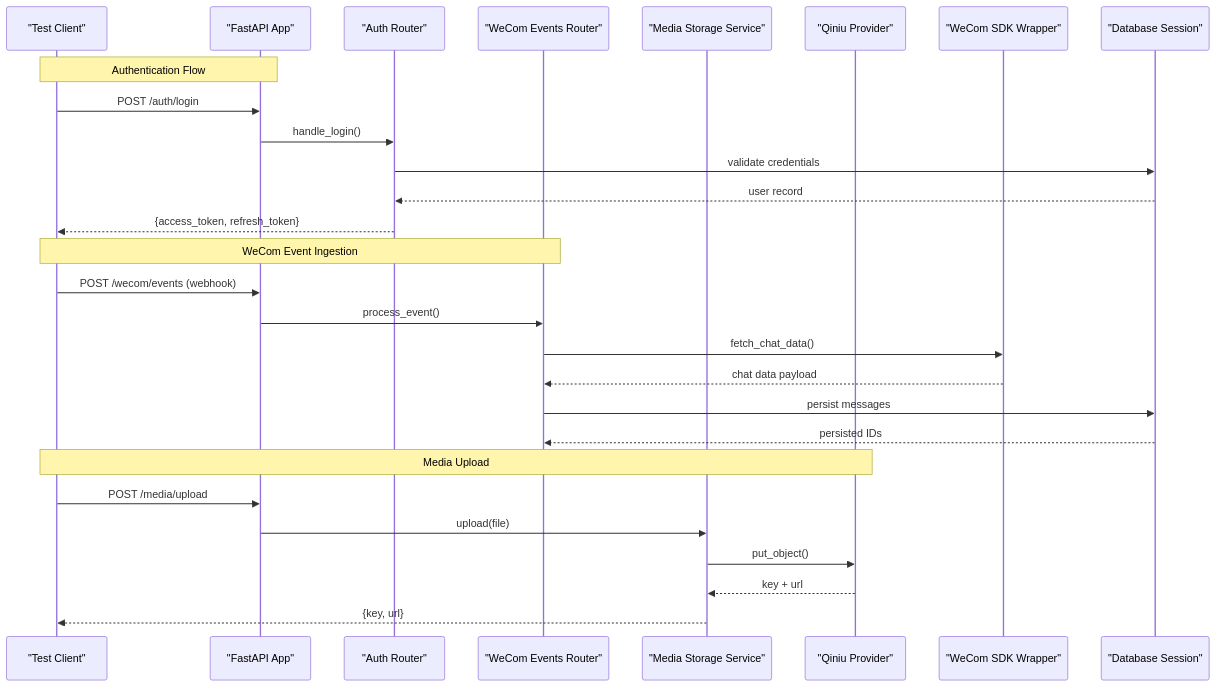
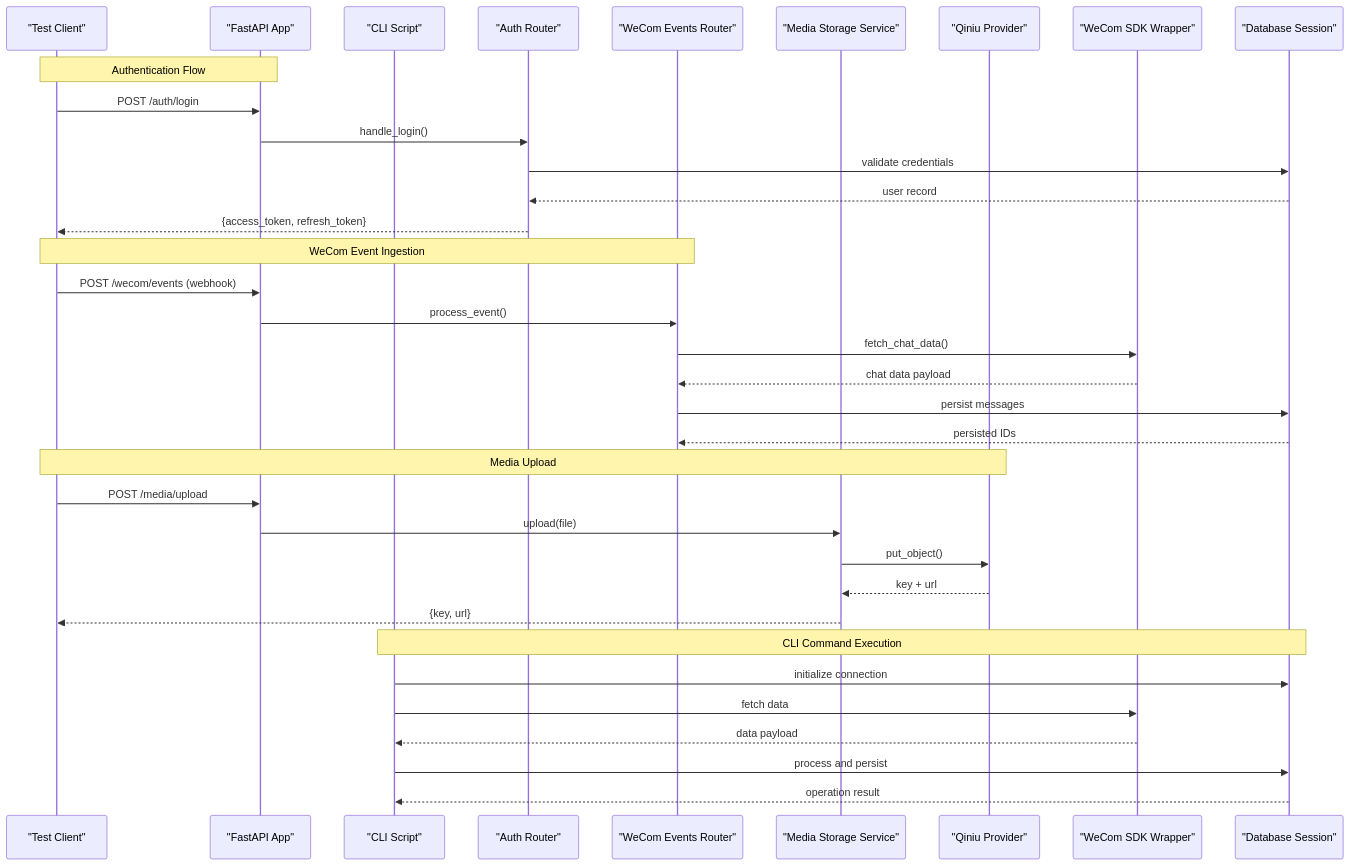
Before and after one commit to zuohaisu/wecom-archive: the second of 3 diagrams in .qoder/repowiki/en/content/Testing & Quality Assurance/Integration Testing/Integration Testing.md, drawn with Mermaid. The commit also changed other lines of this file and 90 other files, not shown here.

````diff
--- a/.qoder/repowiki/en/content/Testing & Quality Assurance/Integration Testing/Integration Testing.md
+++ b/.qoder/repowiki/en/content/Testing & Quality Assurance/Integration Testing/Integration Testing.md
@@ -131,30 +164,37 @@
 ```mermaid
 sequenceDiagram
 participant Client as "Test Client"
 participant App as "FastAPI App"
+participant CLI as "CLI Script"
 participant AuthR as "Auth Router"
 participant WecomR as "WeCom Events Router"
 participant MediaSvc as "Media Storage Service"
 participant Qiniu as "Qiniu Provider"
 participant WecomSDK as "WeCom SDK Wrapper"
 participant DB as "Database Session"
 Note over Client,App : Authentication Flow
 Client->>App : POST /auth/login
 App->>AuthR : handle_login()
 AuthR->>DB : validate credentials
 DB-->>AuthR : user record
 AuthR-->>Client : {access_token, refresh_token}
 Note over Client,WecomR : WeCom Event Ingestion
 Client->>App : POST /wecom/events (webhook)
 App->>WecomR : process_event()
 WecomR->>WecomSDK : fetch_chat_data()
 WecomSDK-->>WecomR : chat data payload
 WecomR->>DB : persist messages
 DB-->>WecomR : persisted IDs
 Note over Client,Qiniu : Media Upload
 Client->>App : POST /media/upload
 App->>MediaSvc : upload(file)
 MediaSvc->>Qiniu : put_object()
 Qiniu-->>MediaSvc : key + url
 MediaSvc-->>Client : {key, url}
+Note over CLI,DB : CLI Command Execution
+CLI->>DB : initialize connection
+CLI->>WecomSDK : fetch data
+WecomSDK-->>CLI : data payload
+CLI->>DB : process and persist
+DB-->>CLI : operation result
 ```
````
